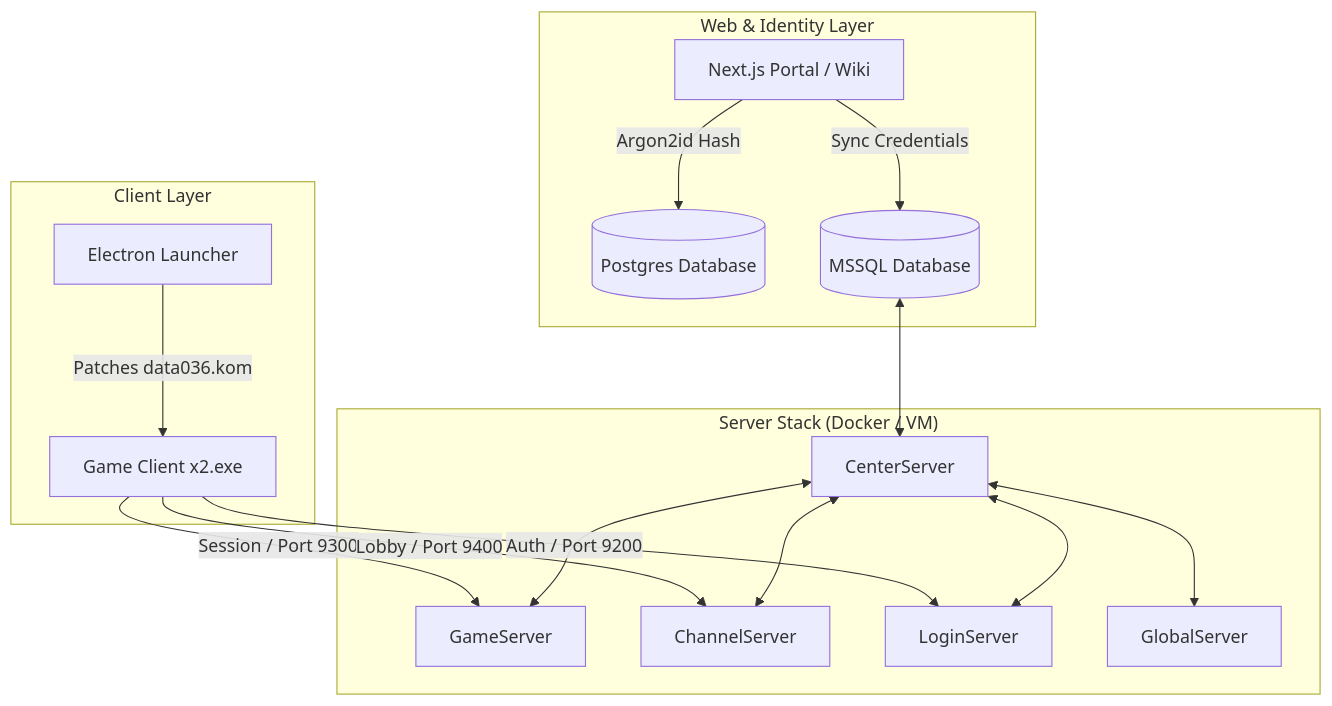
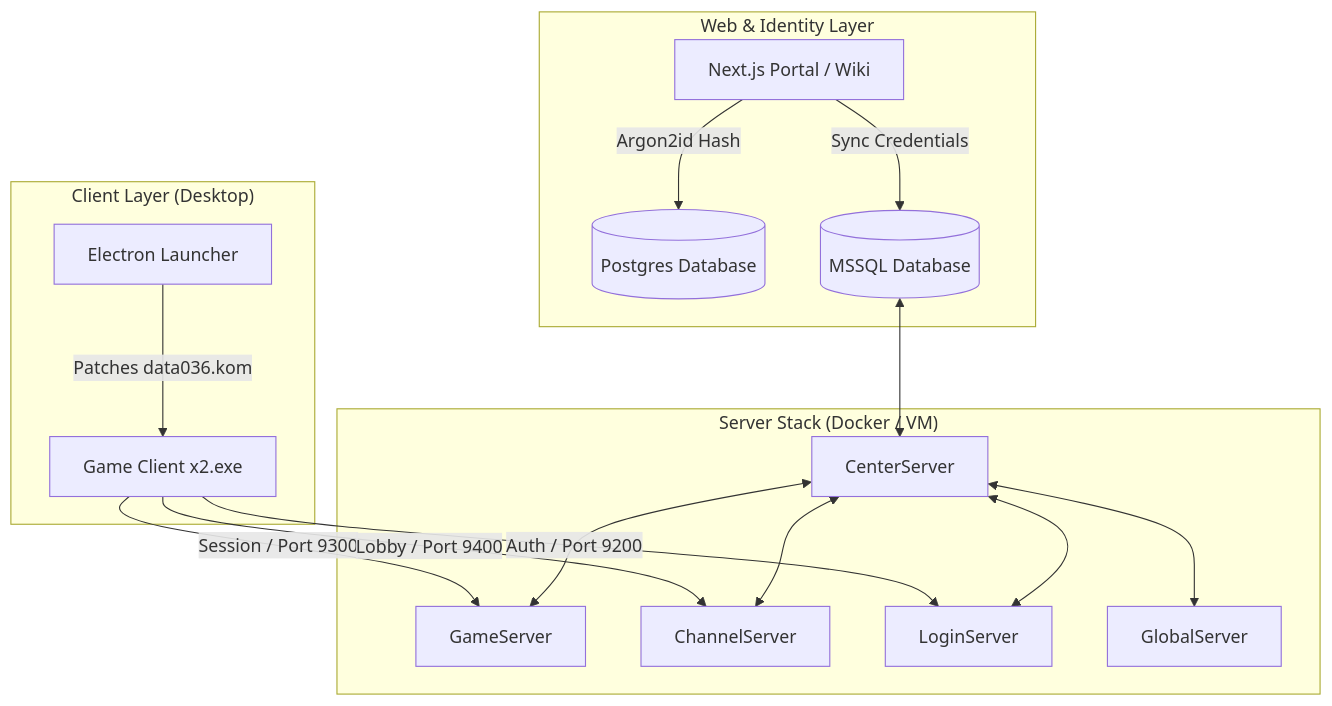
Before and after one commit to CardSorting/JoySwordOnline: the diagram in README.md, drawn with Mermaid. The commit also changed other lines of this file, not shown here.

````diff
--- a/README.md
+++ b/README.md
@@ -16,23 +35,23 @@
 ```mermaid
 flowchart TD
-    subgraph Client ["Client Layer"]
+    subgraph Client ["Client Layer (Desktop)"]
         L[Electron Launcher] -->|Patches data036.kom| C[Game Client x2.exe]
     end
 
     subgraph Web ["Web & Identity Layer"]
         W[Next.js Portal / Wiki] -->|Argon2id Hash| DB_PG[(Postgres Database)]
         W -->|Sync Credentials| DB_MS[(MSSQL Database)]
     end
 
     subgraph Server ["Server Stack (Docker / VM)"]
         DB_MS <--> Center[CenterServer]
         Center <--> Game[GameServer]
         Center <--> Channel[ChannelServer]
         Center <--> Login[LoginServer]
         Center <--> Global[GlobalServer]
     end
 
     C -->|Auth / Port 9200| Login
     C -->|Session / Port 9300| Game
     C -->|Lobby / Port 9400| Channel
 ```
````
